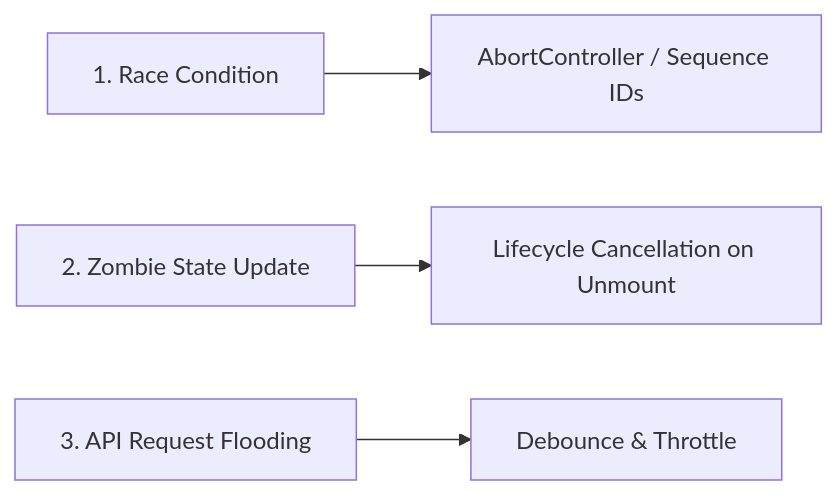
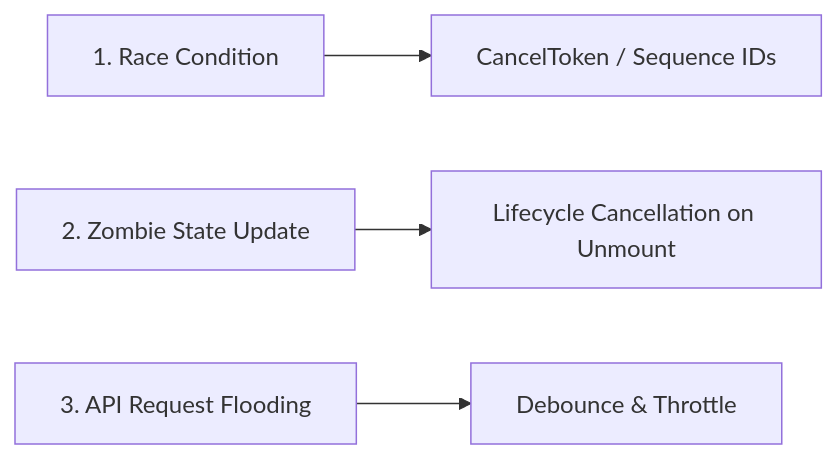
The diagram in engineering/async-operations.md (juwelzan/human-ui-engineering), drawn with Mermaid before and after one commit. The commit also changed other lines of this file and 43 other files, not shown here.

````diff
--- a/engineering/async-operations.md
+++ b/engineering/async-operations.md
@@ -17,6 +17,6 @@
 ```mermaid
 flowchart LR
-    H1[1. Race Condition] --> S1[AbortController / Sequence IDs]
+    H1[1. Race Condition] --> S1[CancelToken / Sequence IDs]
     H2[2. Zombie State Update] --> S2[Lifecycle Cancellation on Unmount]
     H3[3. API Request Flooding] --> S3[Debounce & Throttle]
 ```
````
